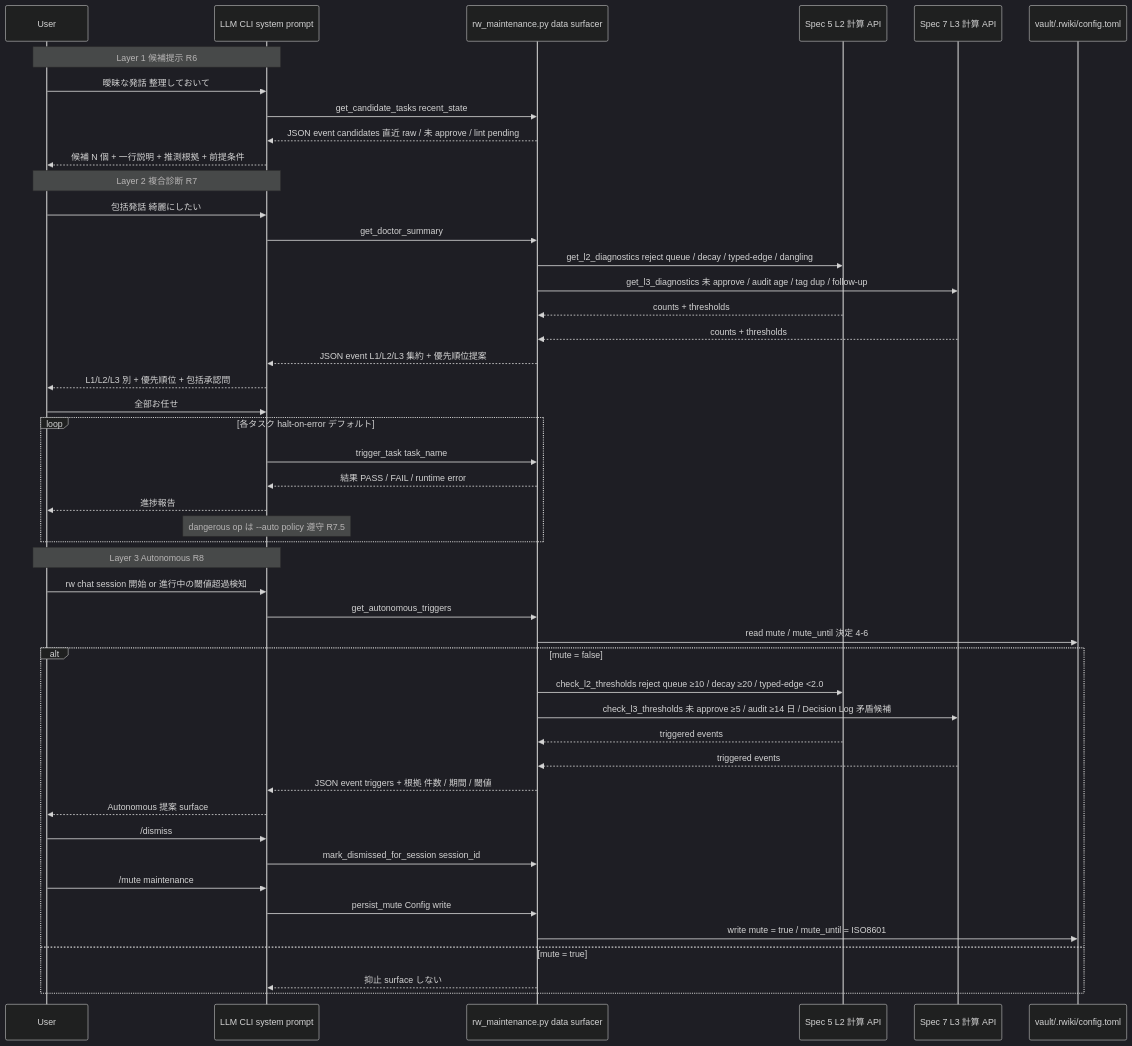
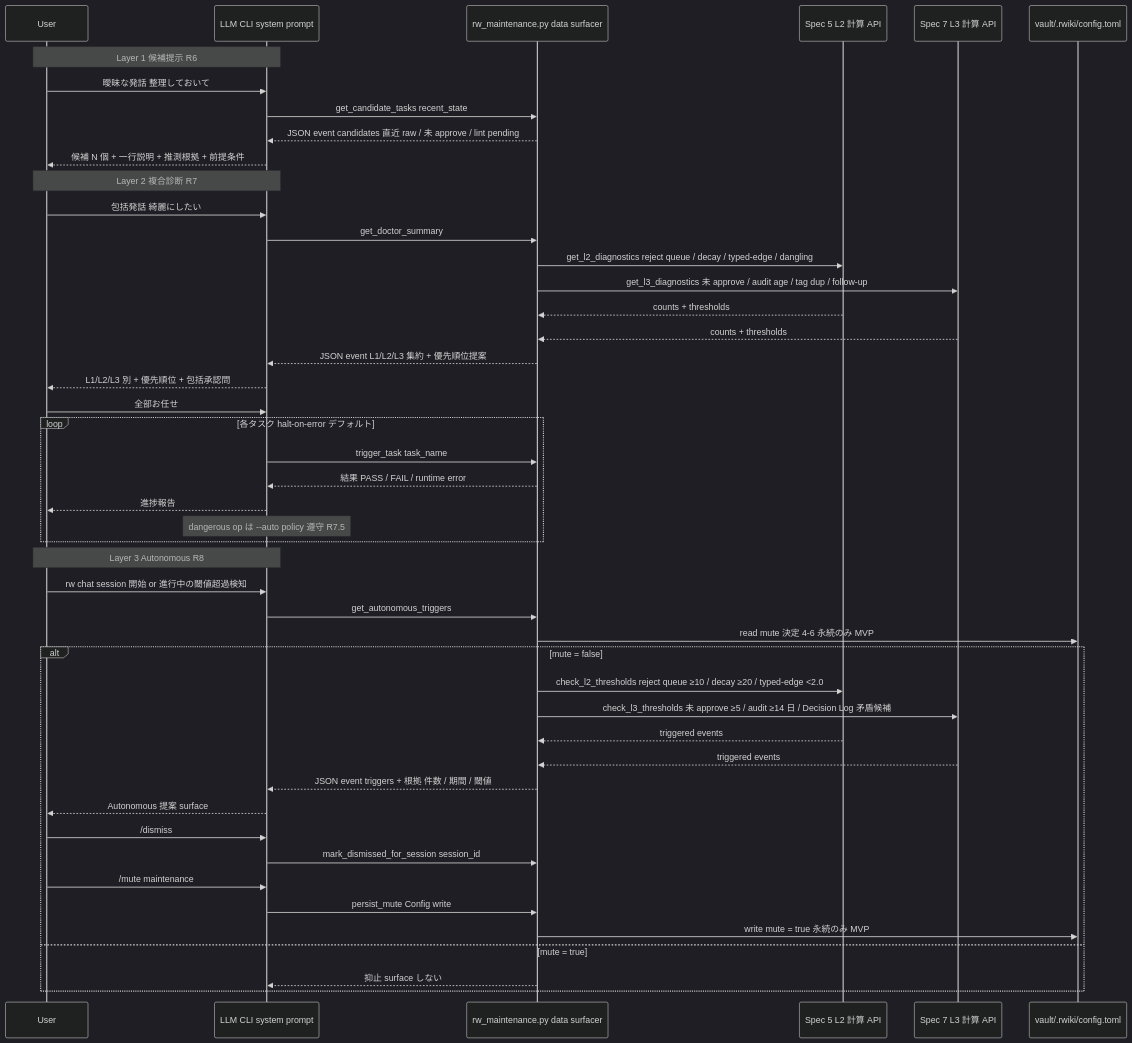
The fourth of 5 diagrams in .kiro/specs/rwiki-v2-cli-mode-unification/design.md (kenoogl/Rwiki-dev), drawn with Mermaid (dark theme) before and after one commit. The commit also changed other lines of this file and 1 other file, not shown here.

````diff
--- a/.kiro/specs/rwiki-v2-cli-mode-unification/design.md
+++ b/.kiro/specs/rwiki-v2-cli-mode-unification/design.md
@@ -374,52 +376,52 @@
 ```mermaid
 sequenceDiagram
   participant User
   participant LLM as LLM CLI system prompt
   participant Surfacer as rw_maintenance.py data surfacer
   participant Spec5 as Spec 5 L2 計算 API
   participant Spec7 as Spec 7 L3 計算 API
   participant Config as vault/.rwiki/config.toml
 
   Note over User,LLM: Layer 1 候補提示 R6
   User->>LLM: 曖昧な発話 整理しておいて
   LLM->>Surfacer: get_candidate_tasks recent_state
   Surfacer-->>LLM: JSON event candidates 直近 raw / 未 approve / lint pending
   LLM-->>User: 候補 N 個 + 一行説明 + 推測根拠 + 前提条件
 
   Note over User,LLM: Layer 2 複合診断 R7
   User->>LLM: 包括発話 綺麗にしたい
   LLM->>Surfacer: get_doctor_summary
   Surfacer->>Spec5: get_l2_diagnostics reject queue / decay / typed-edge / dangling
   Surfacer->>Spec7: get_l3_diagnostics 未 approve / audit age / tag dup / follow-up
   Spec5-->>Surfacer: counts + thresholds
   Spec7-->>Surfacer: counts + thresholds
   Surfacer-->>LLM: JSON event L1/L2/L3 集約 + 優先順位提案
   LLM-->>User: L1/L2/L3 別 + 優先順位 + 包括承認問
   User->>LLM: 全部お任せ
   loop 各タスク halt-on-error デフォルト
     LLM->>Surfacer: trigger_task task_name
     Surfacer-->>LLM: 結果 PASS / FAIL / runtime error
     LLM-->>User: 進捗報告
     Note over LLM: dangerous op は --auto policy 遵守 R7.5
   end
 
   Note over User,LLM: Layer 3 Autonomous R8
   User->>LLM: rw chat session 開始 or 進行中の閾値超過検知
   LLM->>Surfacer: get_autonomous_triggers
-  Surfacer->>Config: read mute / mute_until 決定 4-6
+  Surfacer->>Config: read mute 決定 4-6 永続のみ MVP
   alt mute = false
     Surfacer->>Spec5: check_l2_thresholds reject queue ≥10 / decay ≥20 / typed-edge <2.0
     Surfacer->>Spec7: check_l3_thresholds 未 approve ≥5 / audit ≥14 日 / Decision Log 矛盾候補
     Spec5-->>Surfacer: triggered events
     Spec7-->>Surfacer: triggered events
     Surfacer-->>LLM: JSON event triggers + 根拠 件数 / 期間 / 閾値
     LLM-->>User: Autonomous 提案 surface
     User->>LLM: /dismiss
     LLM->>Surfacer: mark_dismissed_for_session session_id
     User->>LLM: /mute maintenance
     LLM->>Surfacer: persist_mute Config write
-    Surfacer->>Config: write mute = true / mute_until = ISO8601
+    Surfacer->>Config: write mute = true 永続のみ MVP
   else mute = true
     Surfacer-->>LLM: 抑止 surface しない
   end
 ```
````
